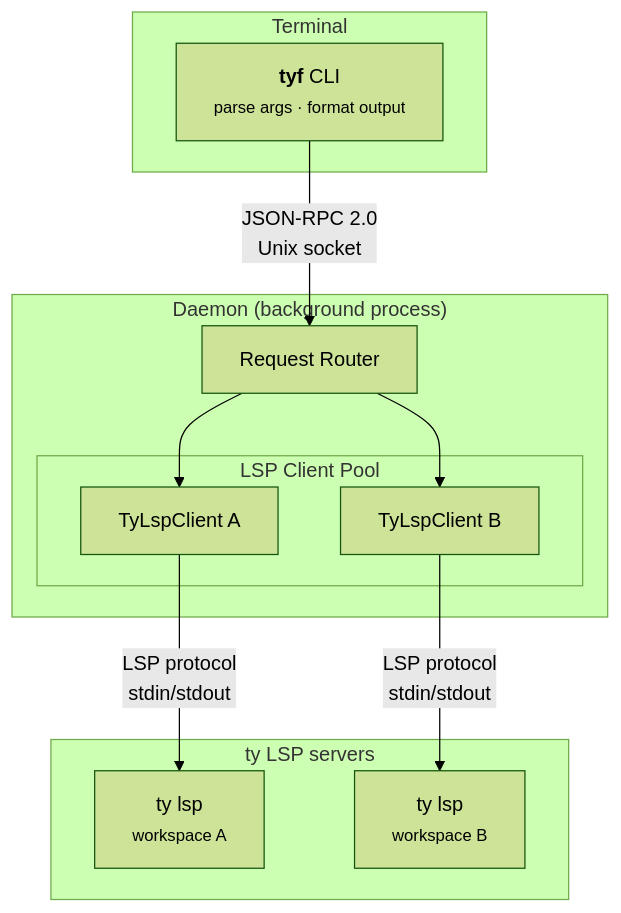
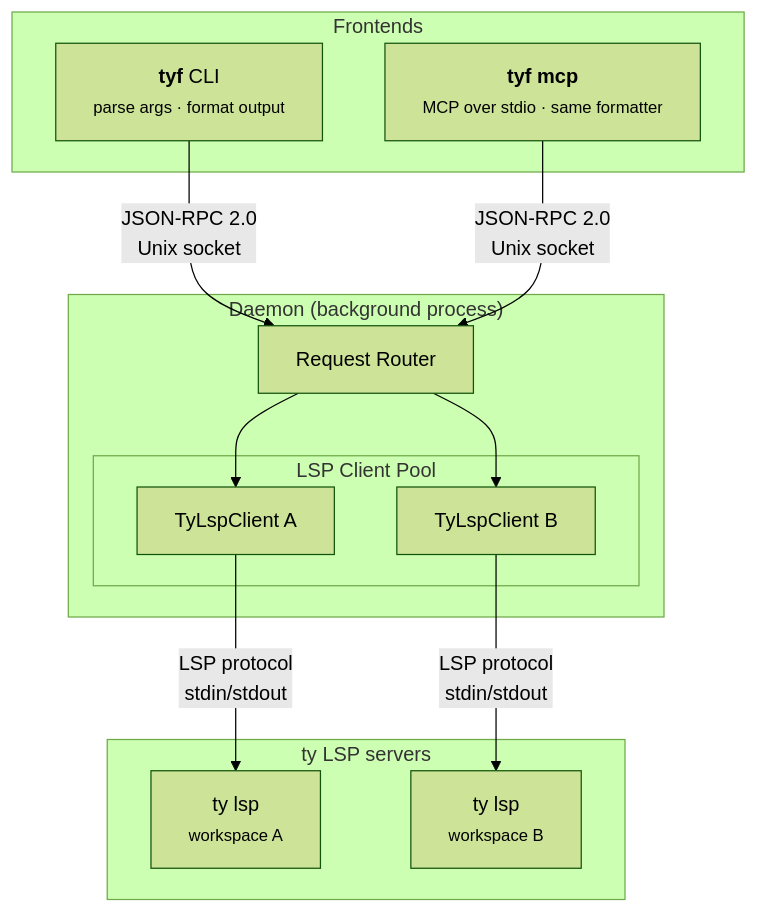
The first of 12 diagrams in docs/src/how-it-works.md (mojzis/ty-find), drawn with Mermaid (forest theme) before and after one commit. The commit also changed other lines of this file and 21 other files, not shown here.

First line of the commit message:
Add MCP server frontend for symbol lookups over stdio (#137)

````diff
--- a/docs/src/how-it-works.md
+++ b/docs/src/how-it-works.md
@@ -14,25 +16,27 @@
 ```mermaid
 graph TB
-    subgraph Terminal
+    subgraph Frontends
         CLI["<b>tyf</b> CLI<br/><small>parse args · format output</small>"]
+        MCP["<b>tyf mcp</b><br/><small>MCP over stdio · same formatter</small>"]
     end
 
     subgraph Daemon ["Daemon (background process)"]
         Router["Request Router"]
         subgraph Pool ["LSP Client Pool"]
             CA["TyLspClient A"]
             CB["TyLspClient B"]
         end
     end
 
     subgraph LSP ["ty LSP servers"]
         LA["ty lsp<br/><small>workspace A</small>"]
         LB["ty lsp<br/><small>workspace B</small>"]
     end
 
     CLI -- "JSON-RPC 2.0<br/>Unix socket" --> Router
+    MCP -- "JSON-RPC 2.0<br/>Unix socket" --> Router
     Router --> CA
     Router --> CB
     CA -- "LSP protocol<br/>stdin/stdout" --> LA
     CB -- "LSP protocol<br/>stdin/stdout" --> LB
 ```
````
